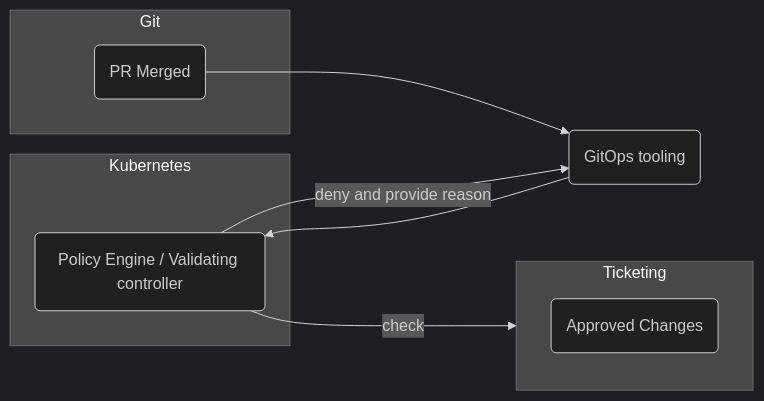
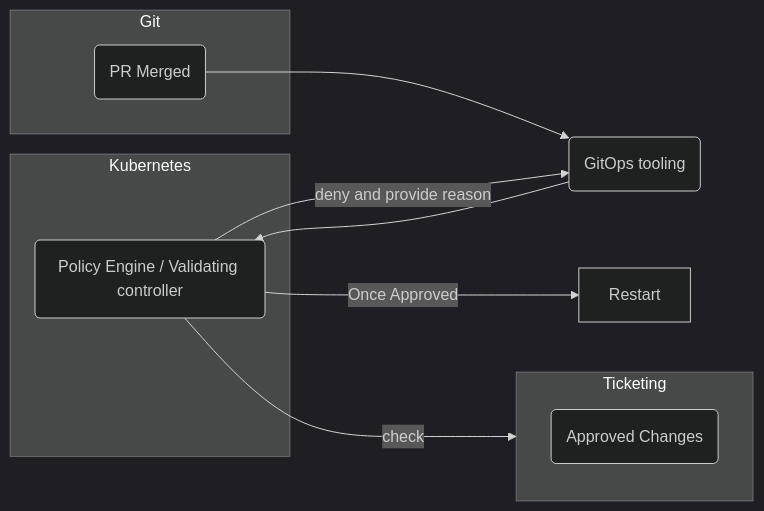
One commit to awslabs/crossplane-on-eks changed the second of 3 diagrams in doc/rds-day-2.md. Above: the diagram before and after it, drawn with Mermaid (dark theme). The commit also changed other lines of this file, not shown here.

Commit message:
update diagram

````diff
--- a/doc/rds-day-2.md
+++ b/doc/rds-day-2.md
@@ -91,20 +92,21 @@
 ```mermaid
 flowchart LR
     subgraph Kubernetes
         ValidatingController(Policy Engine / Validating controller)
     end 
 
     subgraph Git 
         PR(PR Merged)
     end
 
     subgraph Ticketing
        Approved(Approved Changes)
     end
     
     GitOps(GitOps tooling)
 
     PR(PR Merged) --> GitOps --> ValidatingController
     ValidatingController --check--> Ticketing
     ValidatingController --deny and provide reason--> GitOps
+    ValidatingController --Once Approved--> Restart
 ```
````
